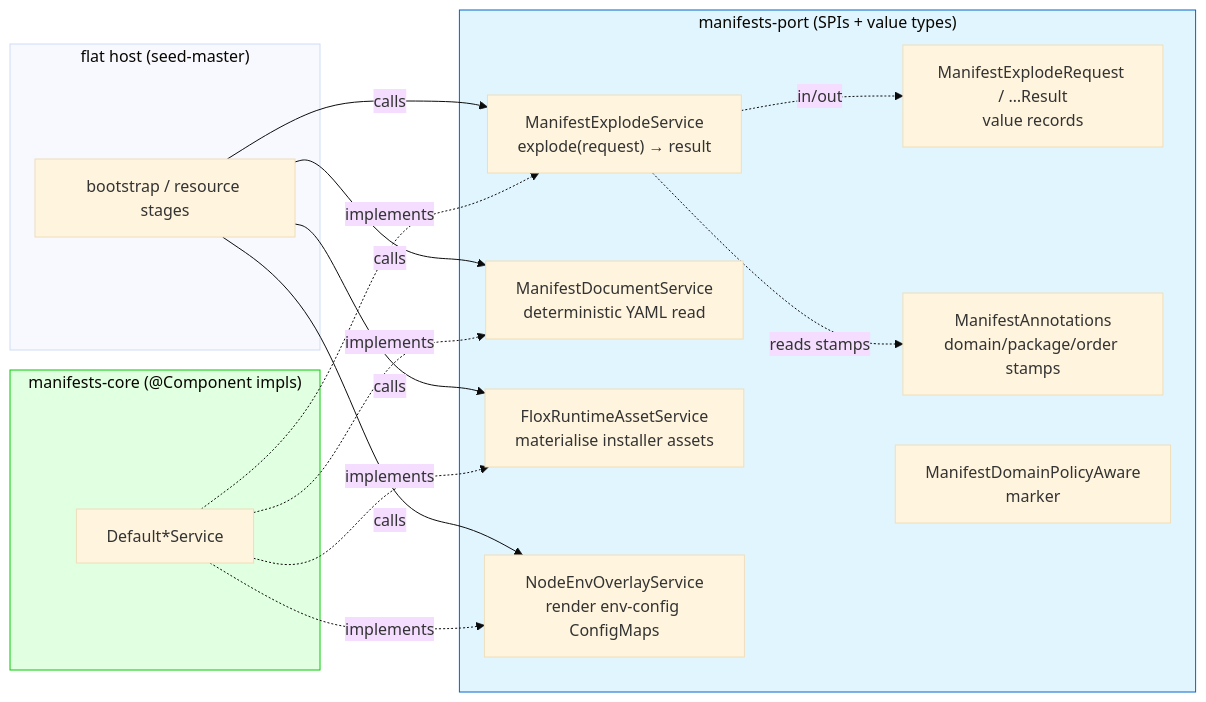
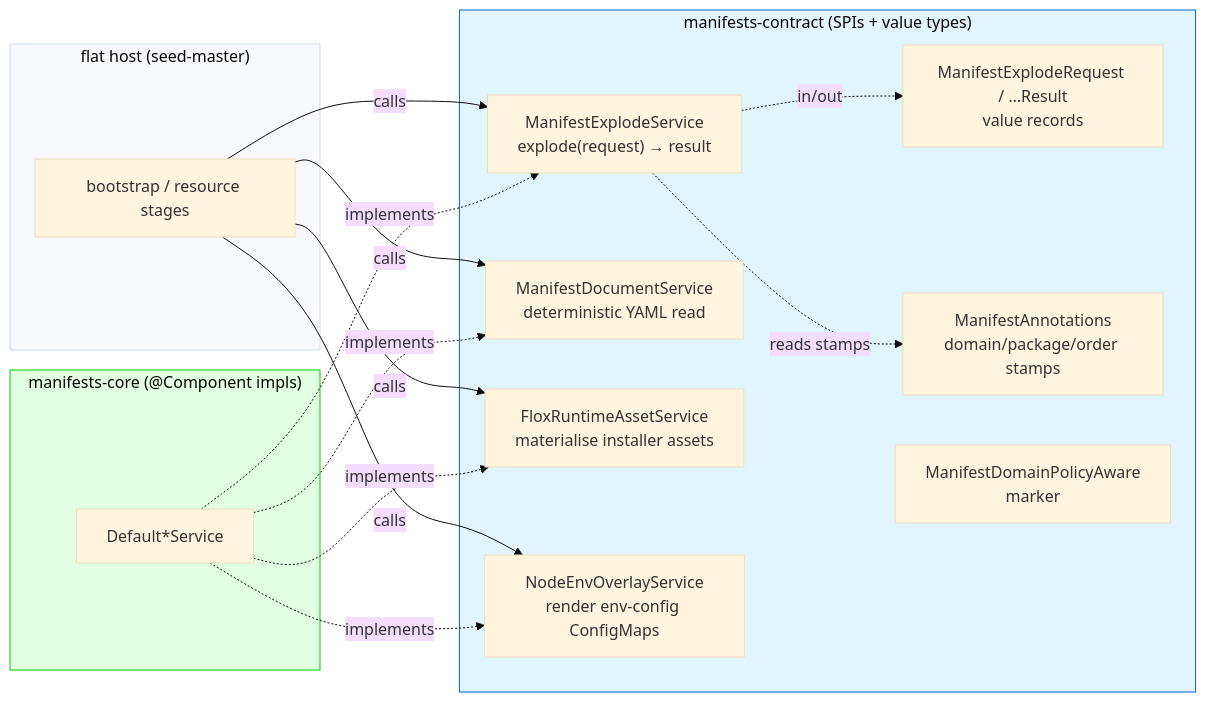
One commit to nxmatic/rke2lab changed the third of 6 diagrams in docs/architecture/manifests/manifests-architecture.adoc. Above: the diagram before and after it, drawn with Mermaid (base theme). The commit also changed other lines of this file and 25 other files, not shown here.

```diff
--- a/docs/architecture/manifests/manifests-architecture.adoc
+++ b/docs/architecture/manifests/manifests-architecture.adoc
@@ -366,31 +366,31 @@
 [mermaid]
 ----
 graph LR
     subgraph host["flat host (seed-master)"]
       H["bootstrap / resource stages"]
     end
-    subgraph port["manifests-port (SPIs + value types)"]
+    subgraph port["manifests-contract (SPIs + value types)"]
       EXPL["ManifestExplodeService<br/>explode(request) → result"]
       DOC["ManifestDocumentService<br/>deterministic YAML read"]
       FLOX["FloxRuntimeAssetService<br/>materialise installer assets"]
       NEO["NodeEnvOverlayService<br/>render env-config ConfigMaps"]
       REQ["ManifestExplodeRequest / …Result<br/>value records"]
       ANN["ManifestAnnotations<br/>domain/package/order stamps"]
       PAW["ManifestDomainPolicyAware<br/>marker"]
     end
     subgraph core["manifests-core (@Component impls)"]
       C["Default*Service"]
     end
     H -->|calls| EXPL
     H -->|calls| DOC
     H -->|calls| FLOX
     H -->|calls| NEO
     EXPL -.->|in/out| REQ
     EXPL -.->|reads stamps| ANN
     C -.->|implements| EXPL
     C -.->|implements| DOC
     C -.->|implements| FLOX
     C -.->|implements| NEO
     style port fill:#e1f5ff,stroke:#0066cc
     style core fill:#e1ffe1,stroke:#00cc00
 ----
```
